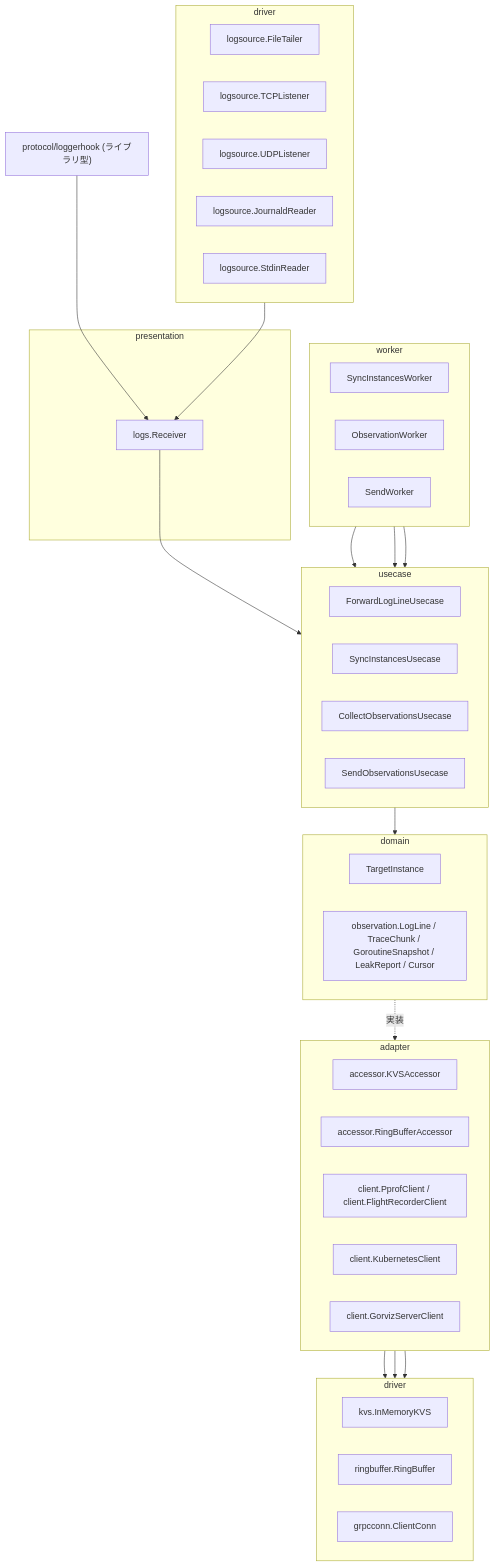
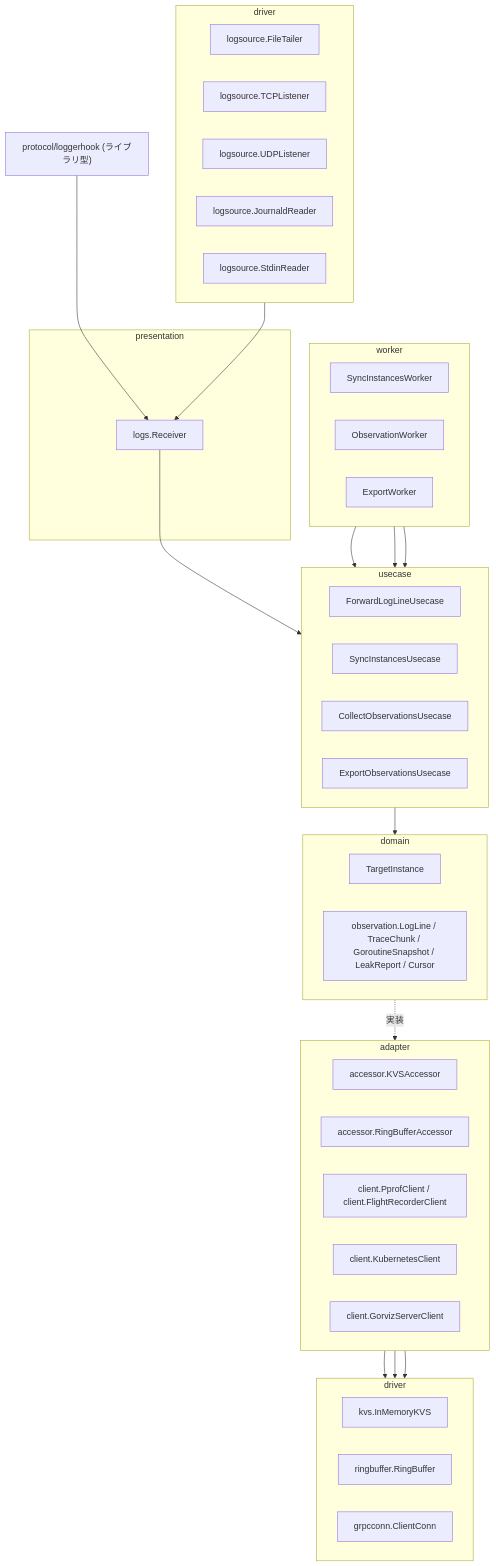
Before and after one commit to kakkky/gorviz: the third of 13 diagrams in docs/architecture.md, drawn with Mermaid. The commit also changed other lines of this file, not shown here.

Commit message:
docs: draw each component's layers and the processing flows as diagrams, split the interceptor and the web handlers out of the server's presentation, keep the cli and the mcp thin over the server API, and name things after what they do

````diff
--- a/docs/architecture.md
+++ b/docs/architecture.md
@@ -122,59 +122,59 @@
 ```mermaid
 flowchart TD
     subgraph driverIn["driver"]
         direction LR
         FileTailer["logsource.FileTailer"]
         TCPListener["logsource.TCPListener"]
         UDPListener["logsource.UDPListener"]
         JournaldReader["logsource.JournaldReader"]
         StdinReader["logsource.StdinReader"]
     end
     LoggerHook["protocol/loggerhook (ライブラリ型)"]
     subgraph presentation["presentation"]
         LogHandler["logs.Receiver"]
     end
     subgraph worker["worker"]
         direction LR
         SyncInstancesWorker
         ObservationWorker
-        SendWorker
+        ExportWorker
     end
     subgraph usecase["usecase"]
         direction LR
         ForwardLogLineUsecase
         SyncInstancesUsecase
         CollectObservationsUsecase
-        SendObservationsUsecase
+        ExportObservationsUsecase
     end
     subgraph domain["domain"]
         direction LR
         TargetInstance
         Observation["observation.LogLine / TraceChunk / GoroutineSnapshot / LeakReport / Cursor"]
     end
     subgraph adapter["adapter"]
         direction LR
         KVSAccessor["accessor.KVSAccessor"]
         RingBufferAccessor["accessor.RingBufferAccessor"]
         RuntimeClient["client.PprofClient / client.FlightRecorderClient"]
         KubernetesClient["client.KubernetesClient"]
         ServerClient["client.GorvizServerClient"]
     end
     subgraph driverOut["driver"]
         direction LR
         InMemoryKVS["kvs.InMemoryKVS"]
         RingBuffer["ringbuffer.RingBuffer"]
         ClientConn["grpcconn.ClientConn"]
     end
 
     driverIn --> LogHandler
     LoggerHook --> LogHandler
     LogHandler --> ForwardLogLineUsecase
     SyncInstancesWorker --> SyncInstancesUsecase
     ObservationWorker --> CollectObservationsUsecase
-    SendWorker --> SendObservationsUsecase
+    ExportWorker --> ExportObservationsUsecase
     usecase --> domain
     domain -. 実装 .-> adapter
     KVSAccessor --> InMemoryKVS
     RingBufferAccessor --> RingBuffer
     ServerClient --> ClientConn
 ```
````
